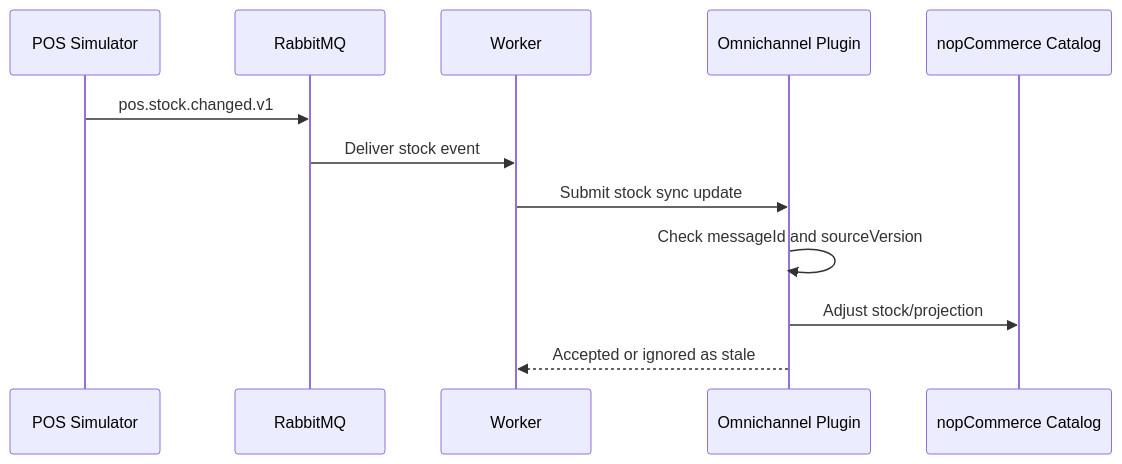
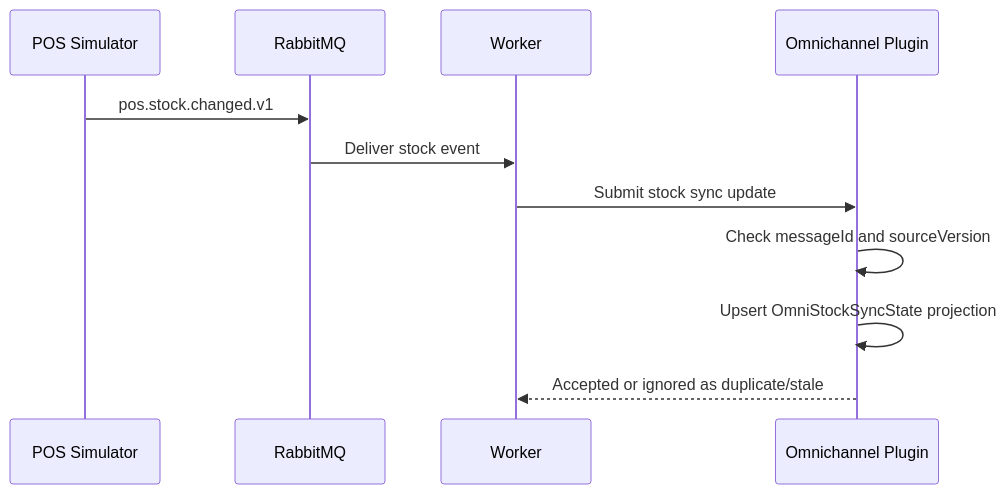
The seventh of 7 diagrams in Project/docs/part1/diagrams.md (nopSolutions/nopCommerce), drawn with Mermaid before and after one commit. The commit also changed other lines of this file and 3 other files, not shown here.

````diff
--- a/Project/docs/part1/diagrams.md
+++ b/Project/docs/part1/diagrams.md
@@ -158,15 +158,14 @@
 ```mermaid
 sequenceDiagram
     participant POS as POS Simulator
     participant R as RabbitMQ
     participant W as Worker
     participant P as Omnichannel Plugin
-    participant N as nopCommerce Catalog
 
     POS->>R: pos.stock.changed.v1
     R->>W: Deliver stock event
     W->>P: Submit stock sync update
     P->>P: Check messageId and sourceVersion
-    P->>N: Adjust stock/projection
-    P-->>W: Accepted or ignored as stale
+    P->>P: Upsert OmniStockSyncState projection
+    P-->>W: Accepted or ignored as duplicate/stale
 ```
````
